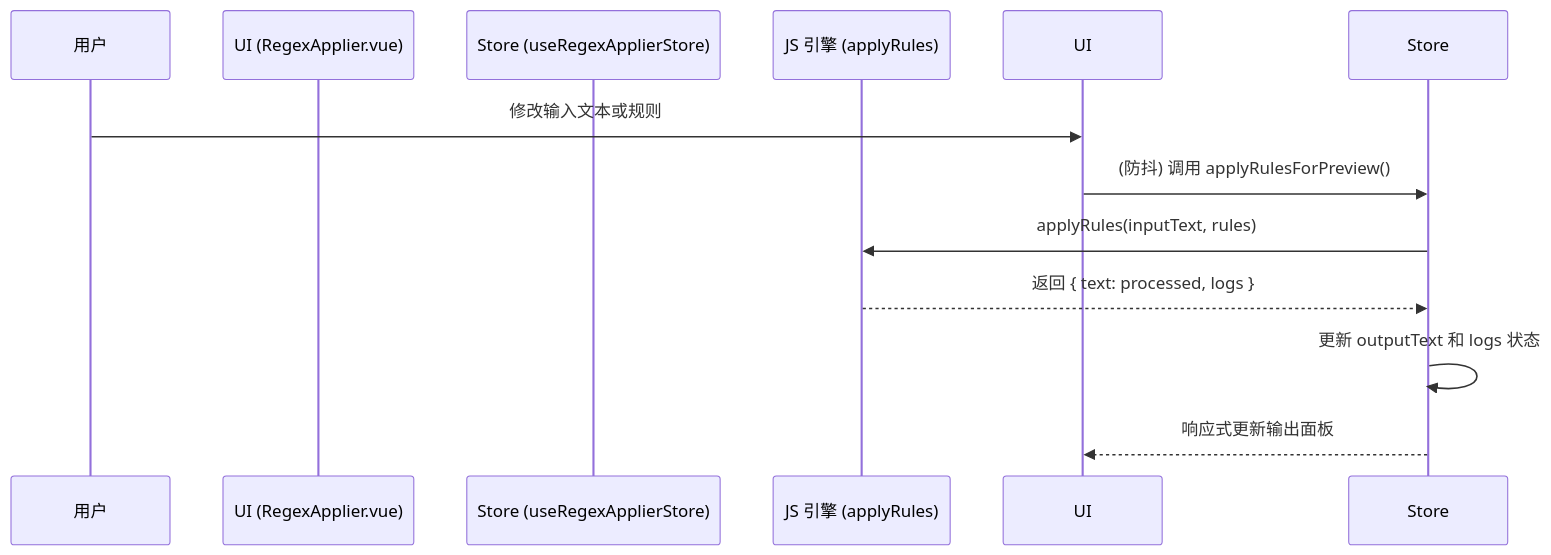
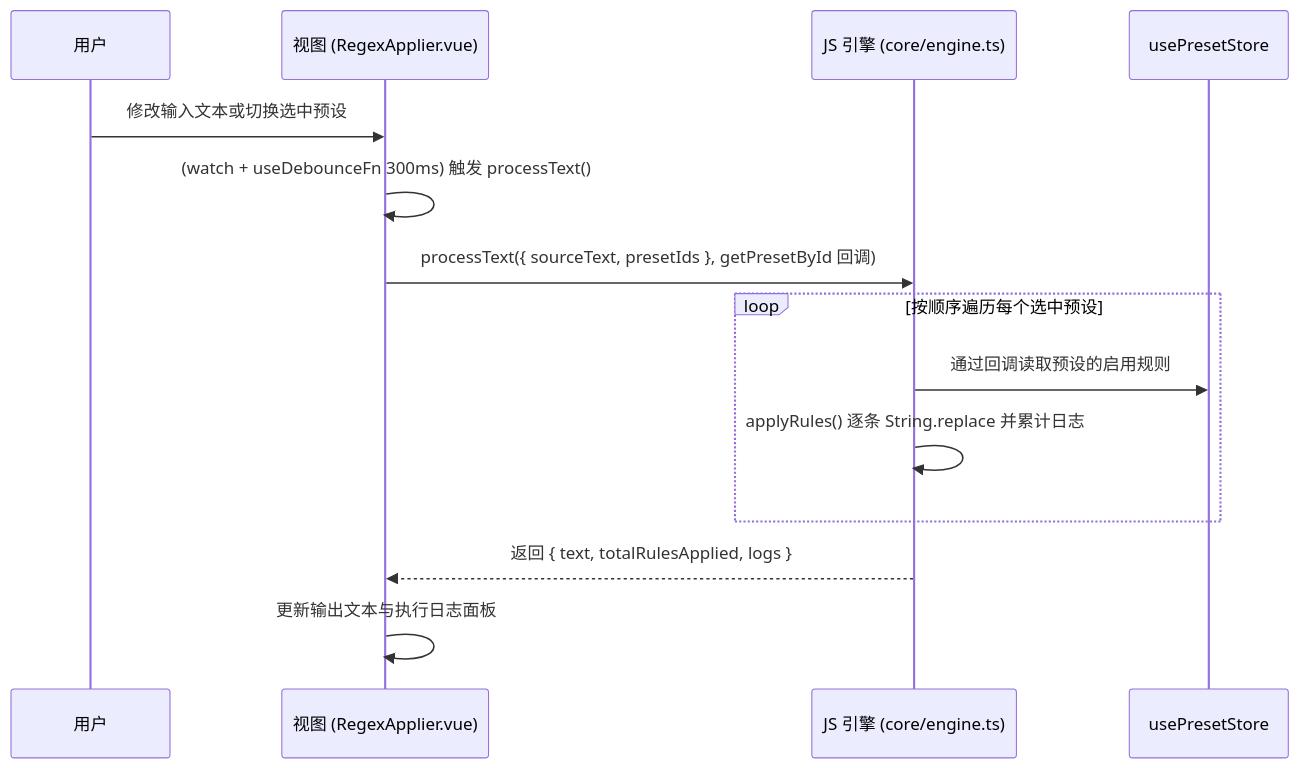
The first of 2 diagrams in src/tools/regex-applier/ARCHITECTURE.md (miaotouy/aio-hub), drawn with Mermaid before and after one commit. The commit also changed other lines of this file and 28 other files, not shown here.

````diff
--- a/src/tools/regex-applier/ARCHITECTURE.md
+++ b/src/tools/regex-applier/ARCHITECTURE.md
@@ -46,14 +47,17 @@
 ```mermaid
 sequenceDiagram
     participant User as 用户
-    participant UI (RegexApplier.vue)
-    participant Store (useRegexApplierStore)
-    participant JSEngine as JS 引擎 (applyRules)
+    participant View as 视图 (RegexApplier.vue)
+    participant Engine as JS 引擎 (core/engine.ts)
+    participant Store as usePresetStore
 
-    User->>UI: 修改输入文本或规则
-    UI->>Store: (防抖) 调用 applyRulesForPreview()
-    Store->>JSEngine: applyRules(inputText, rules)
-    JSEngine-->>Store: 返回 { text: processed, logs }
-    Store->>Store: 更新 outputText 和 logs 状态
-    Store-->>UI: 响应式更新输出面板
+    User->>View: 修改输入文本或切换选中预设
+    View->>View: (watch + useDebounceFn 300ms) 触发 processText()
+    View->>Engine: processText({ sourceText, presetIds }, getPresetById 回调)
+    loop 按顺序遍历每个选中预设
+        Engine->>Store: 通过回调读取预设的启用规则
+        Engine->>Engine: applyRules() 逐条 String.replace 并累计日志
+    end
+    Engine-->>View: 返回 { text, totalRulesApplied, logs }
+    View->>View: 更新输出文本与执行日志面板
 ```
````
